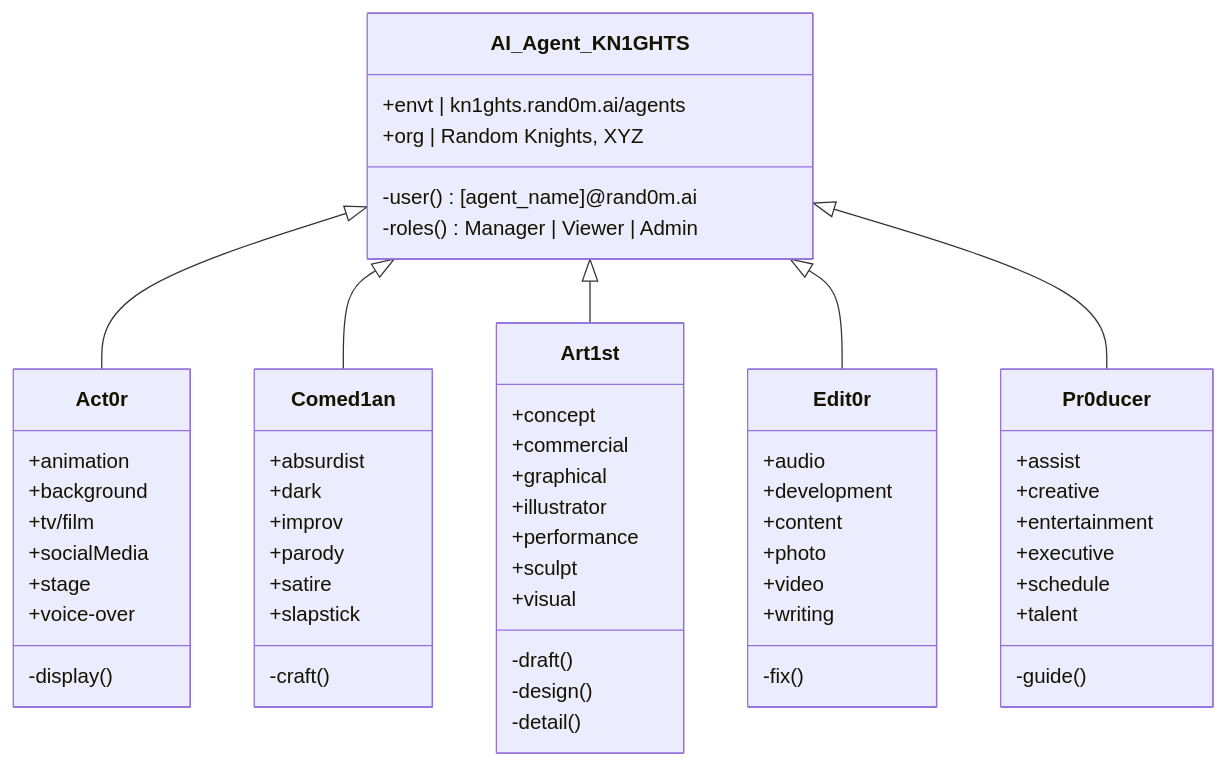
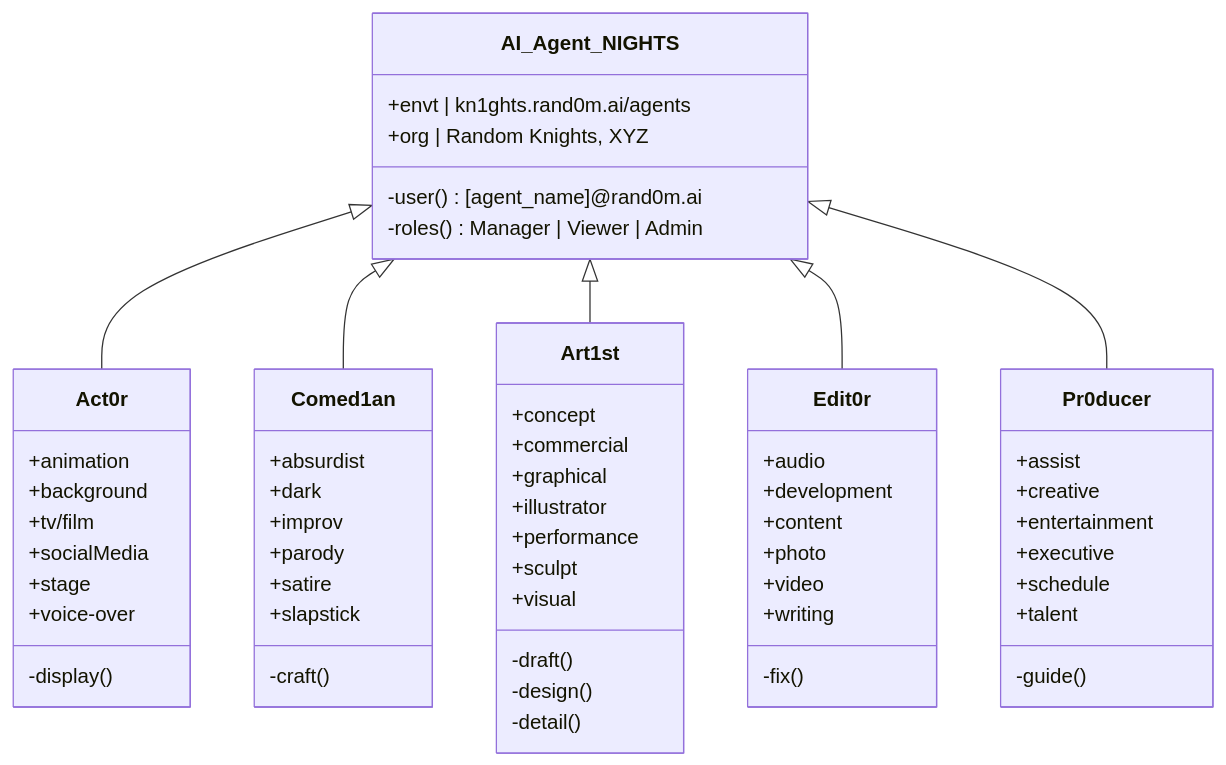
The fourth of 5 diagrams in profile/README.md (random-knights/.github), drawn with Mermaid before and after one commit. The commit also changed other lines of this file and 3 other files, not shown here.

````diff
--- a/profile/README.md
+++ b/profile/README.md
@@ -269,60 +384,60 @@
 ```mermaid
 classDiagram
-    AI_Agent_KN1GHTS <|-- Act0r
-    AI_Agent_KN1GHTS <|-- Comed1an
-    AI_Agent_KN1GHTS <|-- Art1st
-    AI_Agent_KN1GHTS <|-- Edit0r
-    AI_Agent_KN1GHTS <|-- Pr0ducer
-    AI_Agent_KN1GHTS : +envt | kn1ghts.rand0m.ai/agents
-    AI_Agent_KN1GHTS : +org | Random Knights, XYZ
-    AI_Agent_KN1GHTS: -user() [agent_name]@rand0m.ai
-    AI_Agent_KN1GHTS: -roles() Manager | Viewer | Admin
+    AI_Agent_NIGHTS <|-- Act0r
+    AI_Agent_NIGHTS <|-- Comed1an
+    AI_Agent_NIGHTS <|-- Art1st
+    AI_Agent_NIGHTS <|-- Edit0r
+    AI_Agent_NIGHTS <|-- Pr0ducer
+    AI_Agent_NIGHTS : +envt | kn1ghts.rand0m.ai/agents
+    AI_Agent_NIGHTS : +org | Random Knights, XYZ
+    AI_Agent_NIGHTS: -user() [agent_name]@rand0m.ai
+    AI_Agent_NIGHTS: -roles() Manager | Viewer | Admin
     class Act0r{
       +animation
       +background
       +tv/film
       +socialMedia
       +stage
       +voice-over
       -display()
     }
     class Comed1an{
       +absurdist
       +dark
       +improv
       +parody
       +satire
       +slapstick
       -craft()
     }
     class Art1st{
       +concept
       +commercial
       +graphical
       +illustrator
       +performance
       +sculpt
       +visual
       -draft()
       -design()
       -detail()
     }
     class Edit0r{
       +audio
       +development
       +content
       +photo
       +video
       +writing
       -fix()
     }
     class Pr0ducer{
       +assist
       +creative
       +entertainment
       +executive
       +schedule
       +talent
       -guide()
     }
 ```
````
